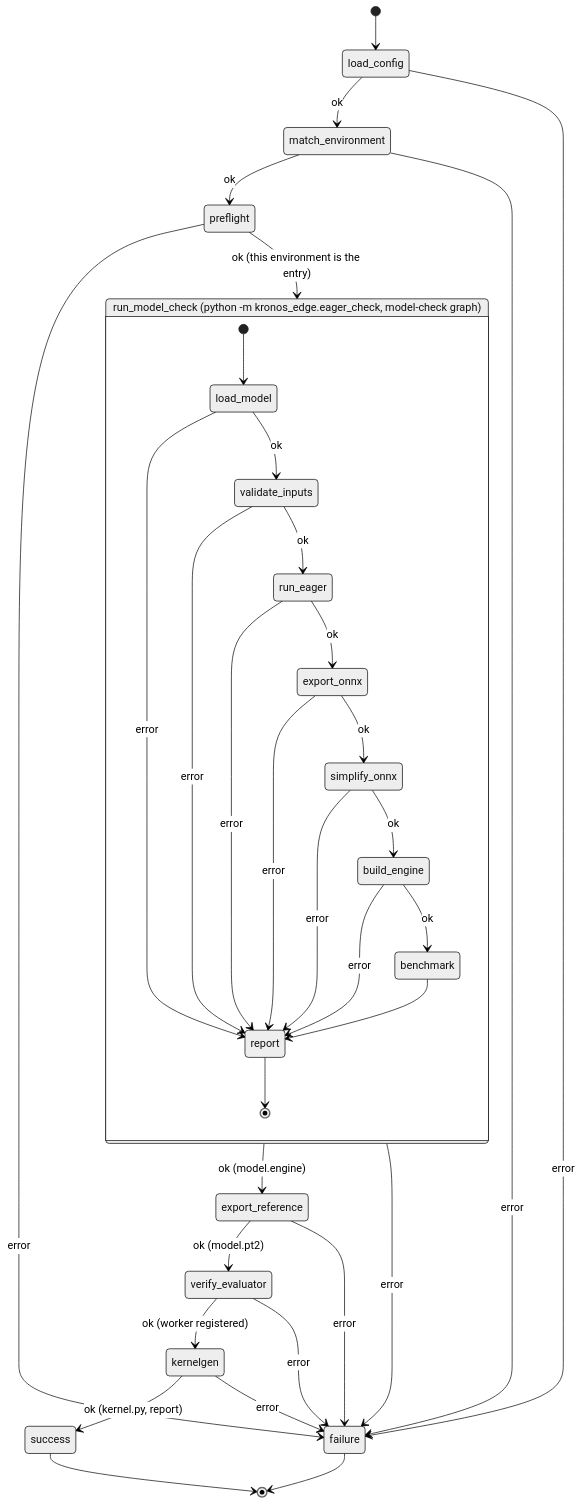
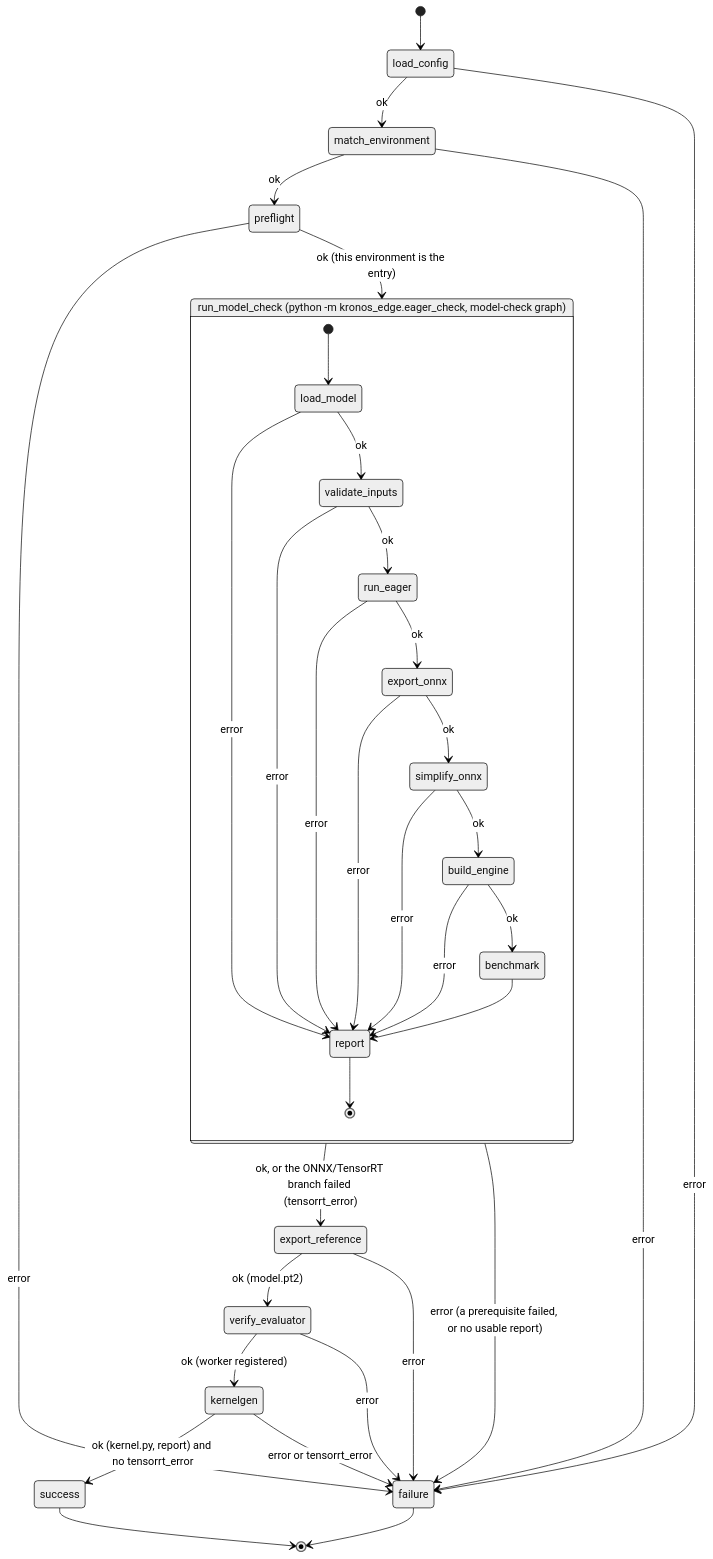
One commit to reza-rahimi-yasp/kronos-edge-v2 changed the diagram in architecture.md. Above: the diagram before and after it, drawn with Mermaid (neutral theme). The commit also changed other lines of this file and 2 other files, not shown here.

Commit message:
Document the independent ONNX/TensorRT and kernelgen paths

````diff
--- a/architecture.md
+++ b/architecture.md
@@ -28,38 +35,38 @@
 ```mermaid
 stateDiagram-v2
     [*] --> load_config
     load_config --> match_environment : ok
     load_config --> failure : error
     match_environment --> preflight : ok
     match_environment --> failure : error
     preflight --> run_model_check : ok (this environment is the entry)
     preflight --> failure : error
-    run_model_check --> export_reference : ok (model.engine)
-    run_model_check --> failure : error
+    run_model_check --> export_reference : ok, or the ONNX/TensorRT branch failed (tensorrt_error)
+    run_model_check --> failure : error (a prerequisite failed, or no usable report)
     export_reference --> verify_evaluator : ok (model.pt2)
     export_reference --> failure : error
     verify_evaluator --> kernelgen : ok (worker registered)
     verify_evaluator --> failure : error
-    kernelgen --> success : ok (kernel.py, report)
-    kernelgen --> failure : error
+    kernelgen --> success : ok (kernel.py, report) and no tensorrt_error
+    kernelgen --> failure : error or tensorrt_error
     success --> [*]
     failure --> [*]
 
     state "run_model_check (python -m kronos_edge.eager_check, model-check graph)" as run_model_check {
         [*] --> load_model
         load_model --> validate_inputs : ok
         load_model --> report : error
         validate_inputs --> run_eager : ok
         validate_inputs --> report : error
         run_eager --> export_onnx : ok
         run_eager --> report : error
         export_onnx --> simplify_onnx : ok
         export_onnx --> report : error
         simplify_onnx --> build_engine : ok
         simplify_onnx --> report : error
         build_engine --> benchmark : ok
         build_engine --> report : error
         benchmark --> report
         report --> [*]
     }
 ```
````
